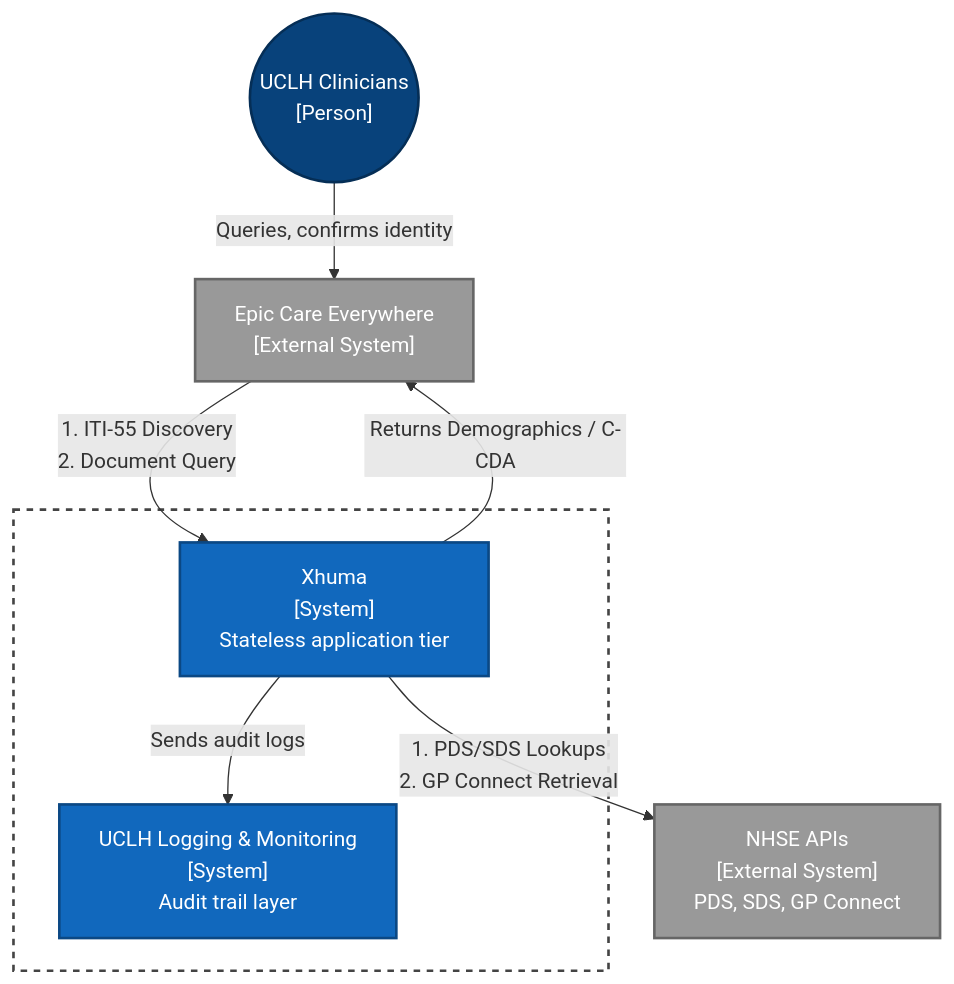
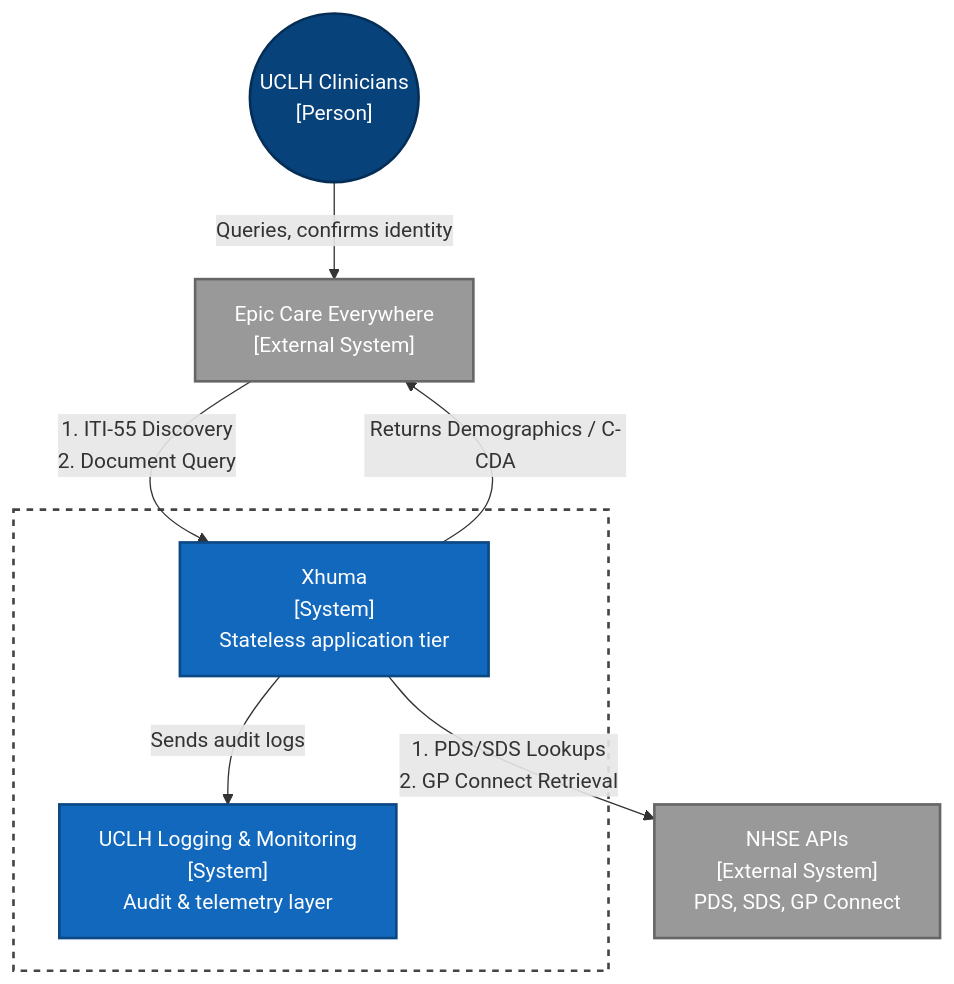
One commit to UCLH-Digital-Innovation-Hub/Xhuma changed the first of 5 diagrams in docs/architecture/technical_architecture.md. Above: the diagram before and after it, drawn with Mermaid. The commit also changed other lines of this file and 8 other files, not shown here.

````diff
--- a/docs/architecture/technical_architecture.md
+++ b/docs/architecture/technical_architecture.md
@@ -18,28 +18,28 @@
 ```mermaid
 flowchart TD
     classDef person fill:#08427b,color:#fff,stroke:#052e56,stroke-width:2px;
     classDef system fill:#1168bd,color:#fff,stroke:#0b4884,stroke-width:2px;
     classDef ext_system fill:#999,color:#fff,stroke:#666,stroke-width:2px;
     classDef boundary fill:none,color:#fff,stroke:#444,stroke-width:2px,stroke-dasharray: 5 5;
 
     %% Elements
     Clinician(("UCLH Clinicians\n[Person]")):::person
     
     Epic["Epic Care Everywhere\n[External System]"]:::ext_system
 
     subgraph UCLHBoundary[System Boundary UCLH]
         Xhuma["Xhuma\n[System]\nStateless application tier"]:::system
-        Monitor["UCLH Logging & Monitoring\n[System]\nAudit trail layer"]:::system
+        Monitor["UCLH Logging & Monitoring\n[System]\nAudit & telemetry layer"]:::system
     end
 
     NHSE["NHSE APIs\n[External System]\nPDS, SDS, GP Connect"]:::ext_system
 
     %% Relationships
     Clinician -->|Queries, confirms identity| Epic
     Epic -->|"1. ITI-55 Discovery<br>2. Document Query"| Xhuma
     Xhuma -->|"Returns Demographics / C-CDA"| Epic
     Xhuma -->|"1. PDS/SDS Lookups<br>2. GP Connect Retrieval"| NHSE
     Xhuma -->|"Sends audit logs"| Monitor
     
     class UCLHBoundary boundary;
 ```
````
